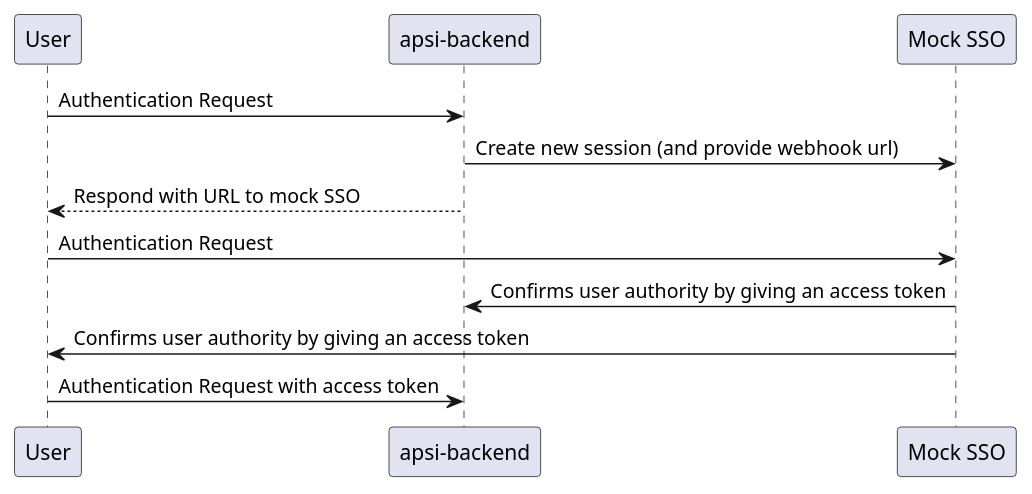
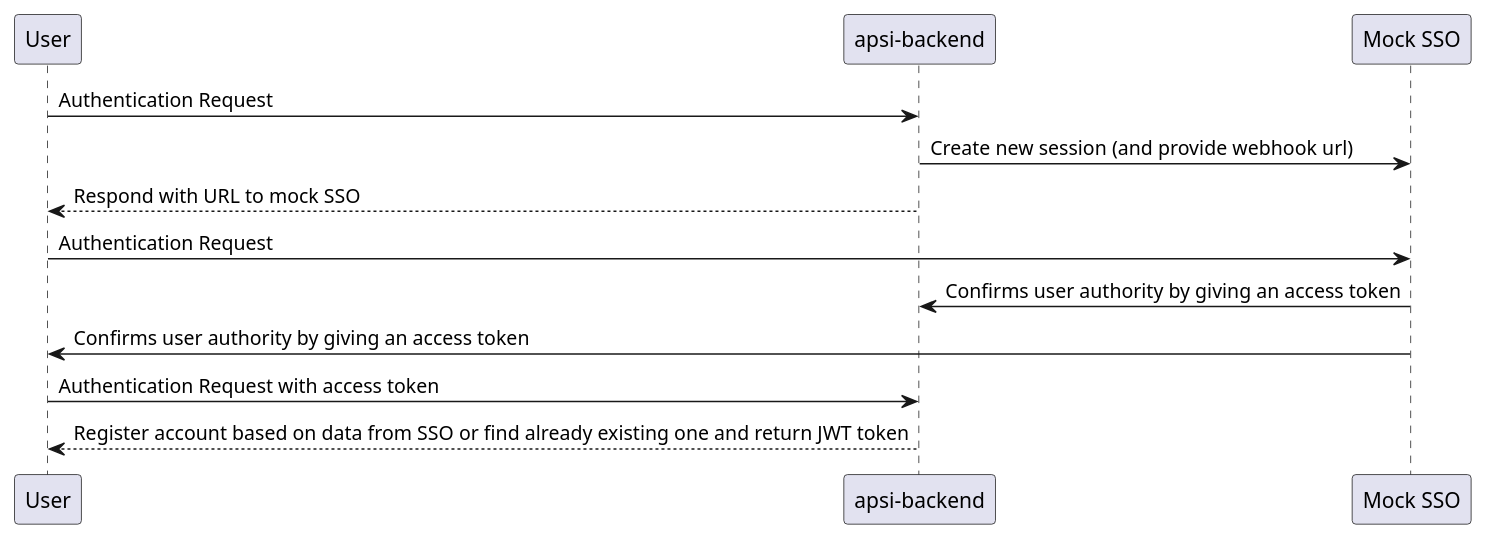
One commit to APSI-2020/mock-sso changed the diagram in sso-flow.puml. Above: the diagram before and after it, drawn with PlantUML. The commit also changed 20 other files, not shown here.

```diff
--- a/sso-flow.puml
+++ b/sso-flow.puml
@@ -1,11 +1,12 @@
 @startuml
 User -> "apsi-backend": Authentication Request
 "apsi-backend" -> "Mock SSO": Create new session (and provide webhook url)
 "apsi-backend" --> User: Respond with URL to mock SSO
 
 User -> "Mock SSO": Authentication Request
 "Mock SSO" -> "apsi-backend": Confirms user authority by giving an access token
 "Mock SSO" -> User: Confirms user authority by giving an access token
 
 User -> "apsi-backend": Authentication Request with access token
+"apsi-backend" --> User: Register account based on data from SSO or find already existing one and return JWT token
 @enduml
```
